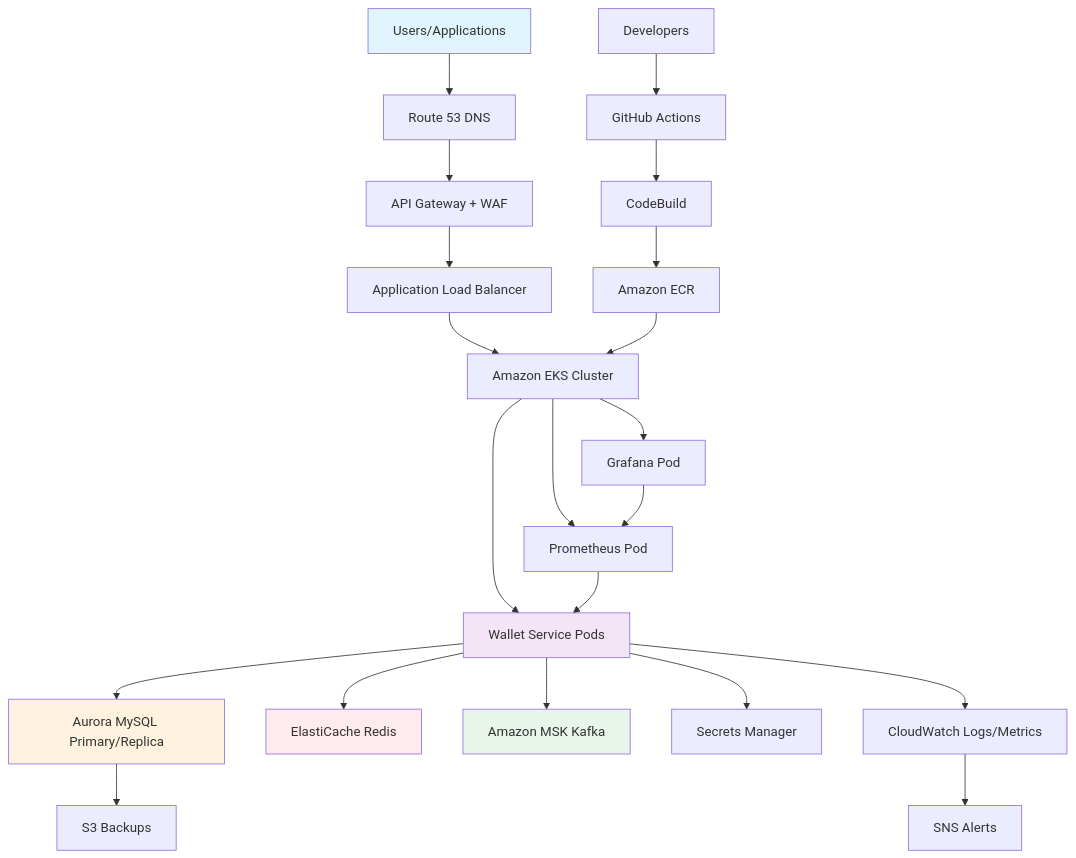
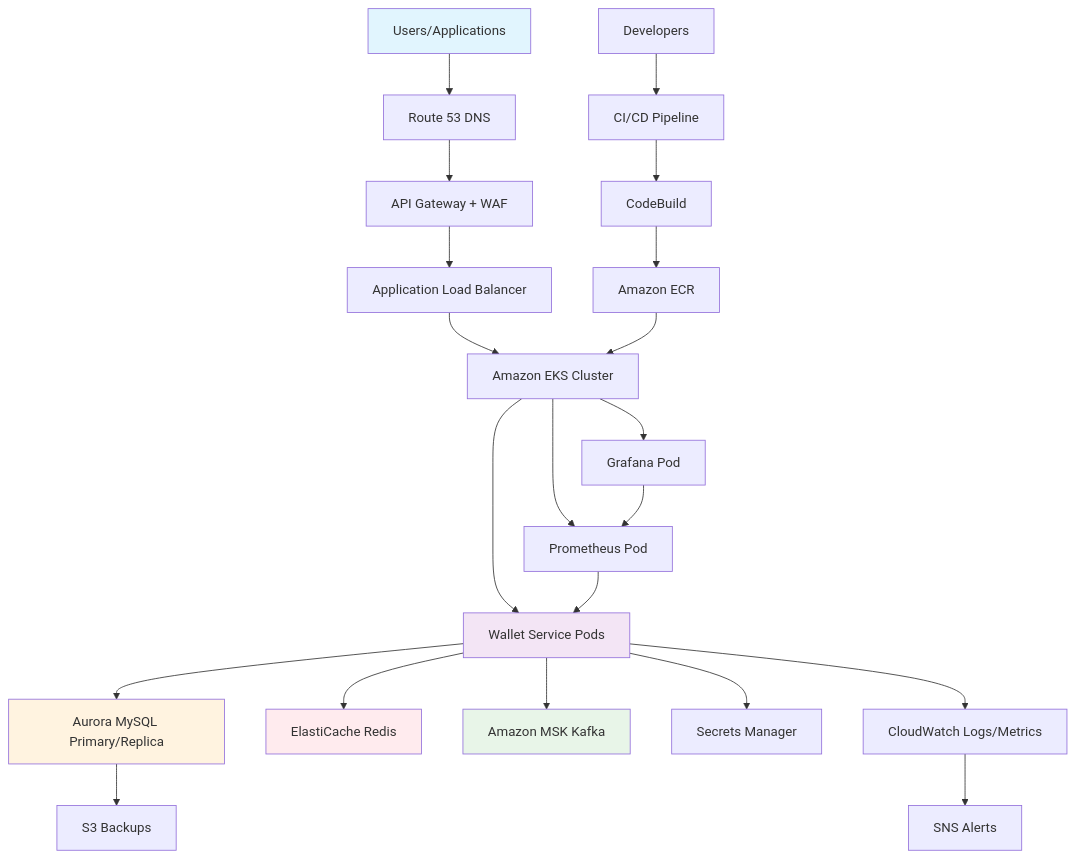
One commit to thiago2santos/wallet-service changed the first of 3 diagrams in docs/legacy/aws-architecture.md. Above: the diagram before and after it, drawn with Mermaid. The commit also changed other lines of this file and 16 other files, not shown here.

First line of the commit message:
🧹 Remove Git Flow and GitHub Actions workflows

````diff
--- a/docs/legacy/aws-architecture.md
+++ b/docs/legacy/aws-architecture.md
@@ -11,34 +11,34 @@
 ```mermaid
 graph TB
     USERS[Users/Applications] --> R53[Route 53 DNS]
     R53 --> APIGW[API Gateway + WAF]
     APIGW --> ALB[Application Load Balancer]
     ALB --> EKS[Amazon EKS Cluster]
     
     EKS --> POD1[Wallet Service Pods]
     EKS --> GRAFANA[Grafana Pod]
     EKS --> PROM[Prometheus Pod]
     
     POD1 --> AURORA[Aurora MySQL Primary/Replica]
     POD1 --> REDIS[ElastiCache Redis]
     POD1 --> MSK[Amazon MSK Kafka]
     POD1 --> SM[Secrets Manager]
     POD1 --> CW[CloudWatch Logs/Metrics]
     
     GRAFANA --> PROM
     PROM --> POD1
     
-    DEVS[Developers] --> GHA[GitHub Actions]
-    GHA --> CB[CodeBuild]
+    DEVS[Developers] --> CI[CI/CD Pipeline]
+    CI --> CB[CodeBuild]
     CB --> ECR[Amazon ECR]
     ECR --> EKS
     
     AURORA --> S3[S3 Backups]
     CW --> SNS[SNS Alerts]
     
     style USERS fill:#e1f5fe
     style POD1 fill:#f3e5f5
     style AURORA fill:#fff3e0
     style REDIS fill:#ffebee
     style MSK fill:#e8f5e8
 ```
````
